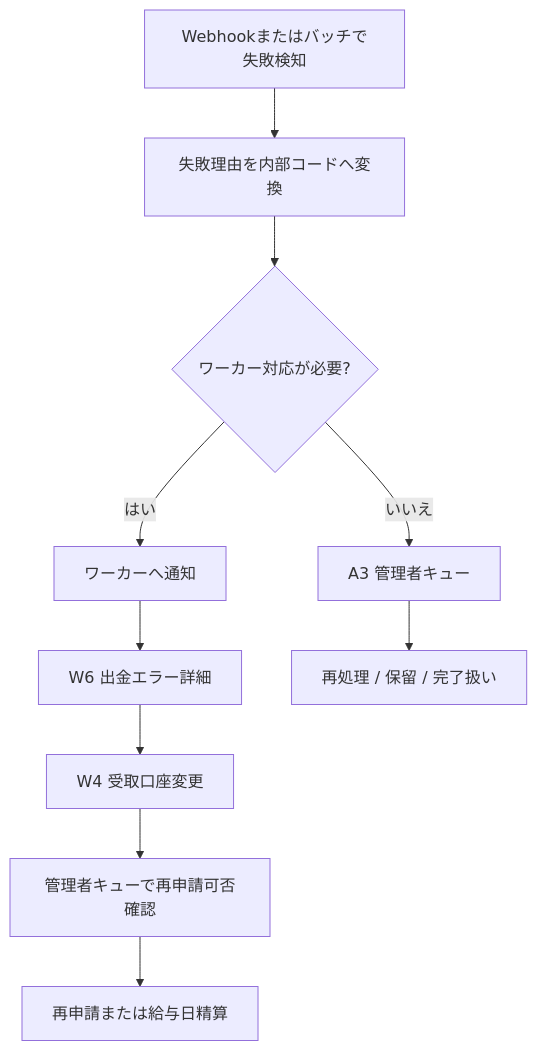
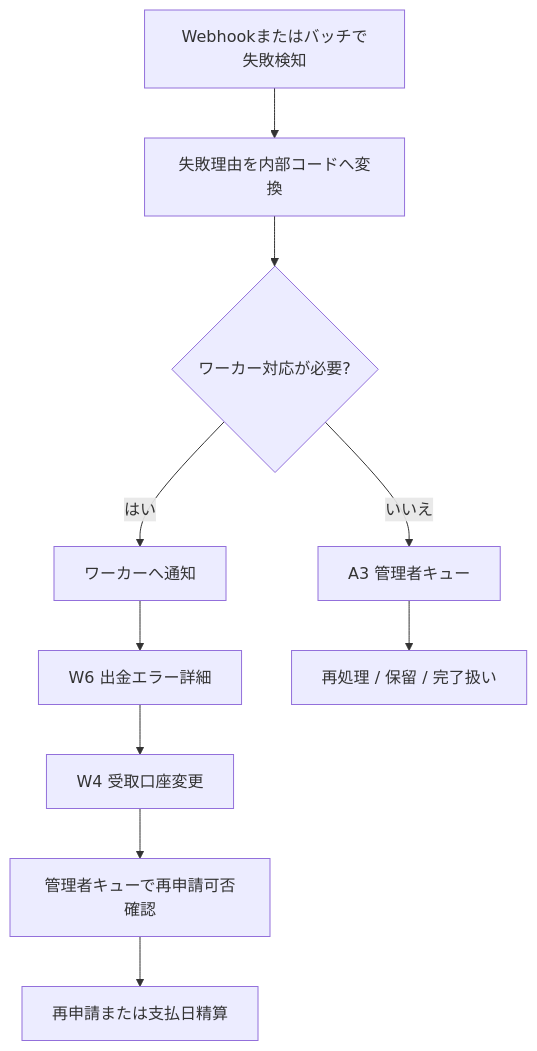
Before and after one commit to ichiro0712-dotcom/share-worker-app: the third of 7 diagrams in docs/hibarai/screen-spec-draft.md, drawn with Mermaid. The commit also changed other lines of this file and 13 other files, not shown here.

````diff
--- a/docs/hibarai/screen-spec-draft.md
+++ b/docs/hibarai/screen-spec-draft.md
@@ -181,12 +181,12 @@
 ```mermaid
 flowchart TD
   A[Webhookまたはバッチで失敗検知] --> B[失敗理由を内部コードへ変換]
   B --> C{ワーカー対応が必要?}
   C -- はい --> D[ワーカーへ通知]
   D --> E[W6 出金エラー詳細]
   E --> F[W4 受取口座変更]
   F --> G[管理者キューで再申請可否確認]
   C -- いいえ --> H[A3 管理者キュー]
   H --> I[再処理 / 保留 / 完了扱い]
-  G --> J[再申請または給与日精算]
+  G --> J[再申請または支払日精算]
 ```
````
